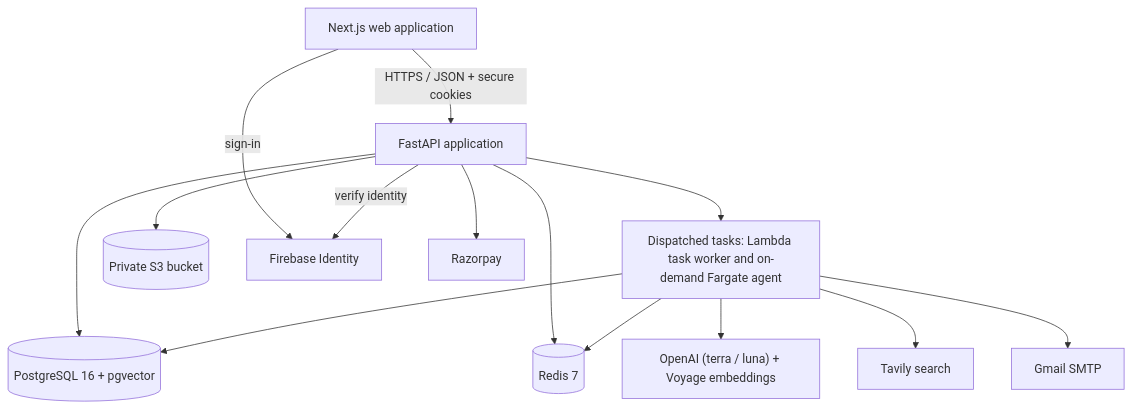
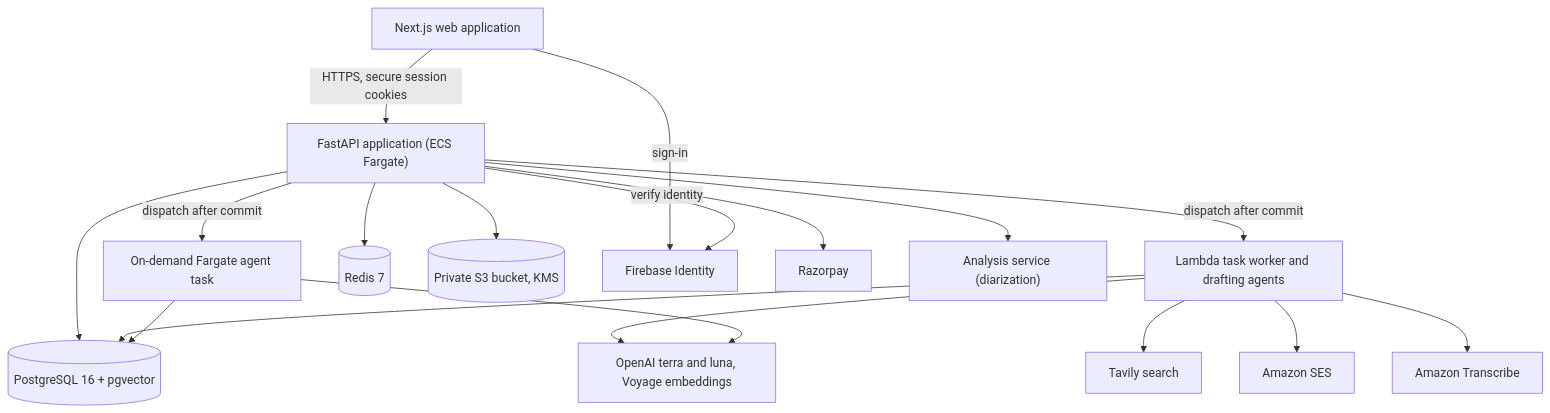
Before and after one commit to HanuLisa-Technologies-LLP/pickready: the diagram in docs/architecture/ESD.md, drawn with Mermaid. The commit also changed other lines of this file and 115 other files, not shown here.

````diff
--- a/docs/architecture/ESD.md
+++ b/docs/architecture/ESD.md
@@ -61,28 +12,35 @@
 ```mermaid
 flowchart TB
     Browser["Next.js web application"]
-    API["FastAPI application"]
-    Worker["Dispatched tasks: Lambda task worker and on-demand Fargate agent"]
+    API["FastAPI application (ECS Fargate)"]
+    Lambda["Lambda task worker and drafting agents"]
+    Agent["On-demand Fargate agent task"]
     DB[("PostgreSQL 16 + pgvector")]
     Cache[("Redis 7")]
-    S3[("Private S3 bucket")]
+    S3[("Private S3 bucket, KMS")]
     Firebase["Firebase Identity"]
-    AI["OpenAI (terra / luna) + Voyage embeddings"]
+    AI["OpenAI terra and luna, Voyage embeddings"]
     Tavily["Tavily search"]
     Razorpay["Razorpay"]
-    Mail["Gmail SMTP"]
+    SES["Amazon SES"]
+    Transcribe["Amazon Transcribe"]
+    Analysis["Analysis service (diarization)"]
 
-    Browser -->|HTTPS / JSON + secure cookies| API
+    Browser -->|HTTPS, secure session cookies| API
     Browser -->|sign-in| Firebase
     API -->|verify identity| Firebase
     API --> DB
     API --> Cache
     API --> S3
     API --> Razorpay
-    API --> Worker
-    Worker --> DB
-    Worker --> Cache
-    Worker --> AI
-    Worker --> Tavily
-    Worker --> Mail
+    API -->|dispatch after commit| Lambda
+    API -->|dispatch after commit| Agent
+    Lambda --> DB
+    Agent --> DB
+    Lambda --> AI
+    Agent --> AI
+    Lambda --> Tavily
+    Lambda --> SES
+    Lambda --> Transcribe
+    API --> Analysis
 ```
````
